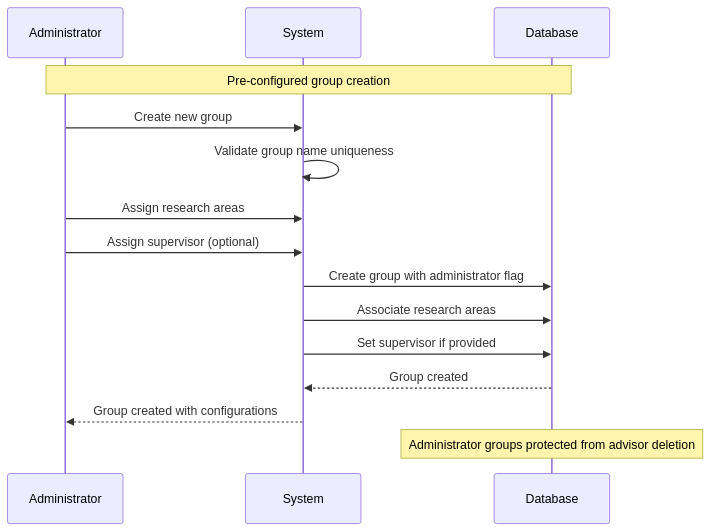
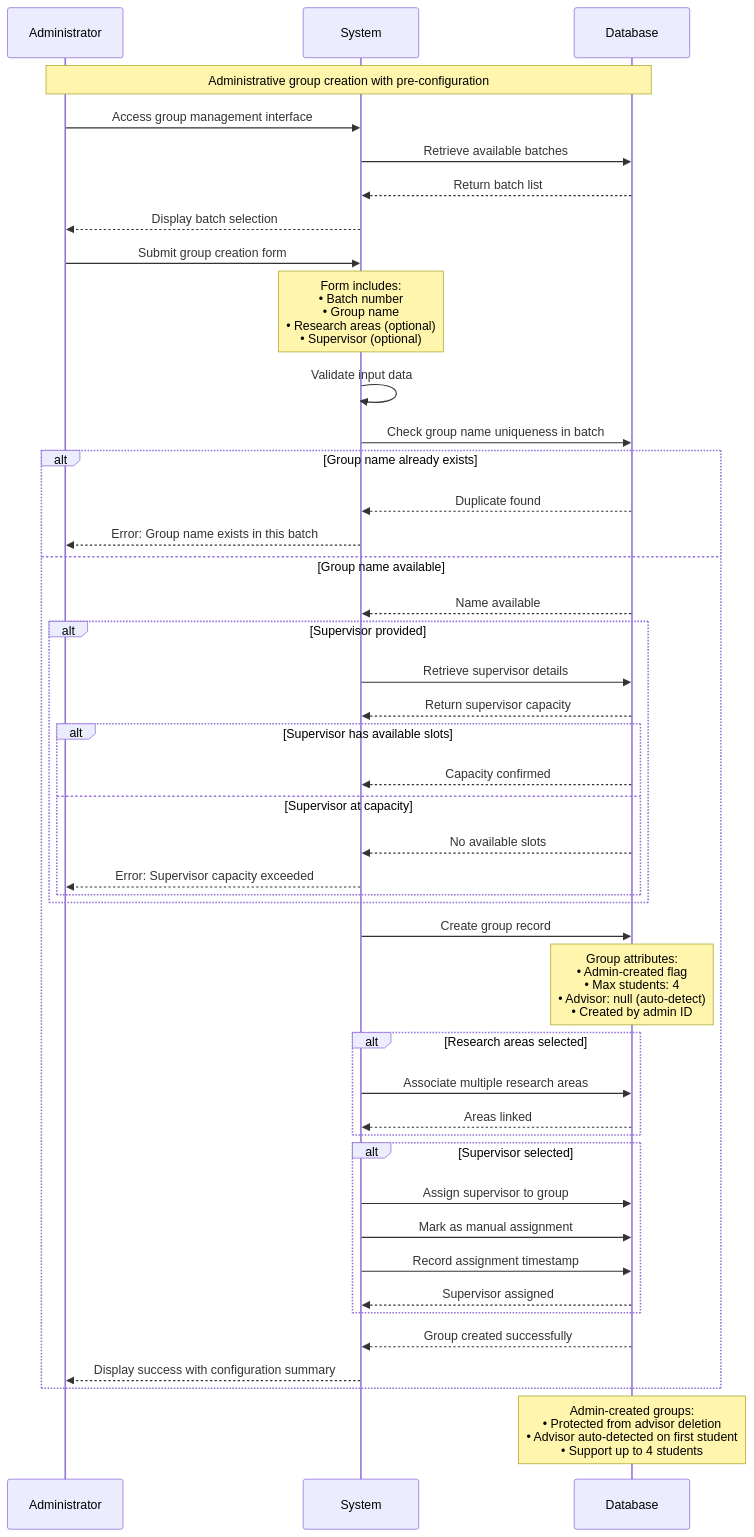
One commit to abdullah2323442/thesisrepo-backup changed diagram 27 of 37 in sequence-academic.md. Above: the diagram before and after it, drawn with Mermaid. The commit also changed other lines of this file, not shown here.

Commit message:
update sequence academic md

````diff
--- a/sequence-academic.md
+++ b/sequence-academic.md
@@ -868,23 +872,58 @@
 ```mermaid
 sequenceDiagram
     participant Administrator
     participant System
     participant Database
 
-    Note over Administrator,Database: Pre-configured group creation
+    Note over Administrator,Database: Administrative group creation with pre-configuration
     
-    Administrator->>System: Create new group
-    System->>System: Validate group name uniqueness
+    Administrator->>System: Access group management interface
+    System->>Database: Retrieve available batches
+    Database-->>System: Return batch list
+    System-->>Administrator: Display batch selection
     
-    Administrator->>System: Assign research areas
-    Administrator->>System: Assign supervisor (optional)
+    Administrator->>System: Submit group creation form
+    Note over System: Form includes:<br/>• Batch number<br/>• Group name<br/>• Research areas (optional)<br/>• Supervisor (optional)
     
-    System->>Database: Create group with administrator flag
-    System->>Database: Associate research areas
-    System->>Database: Set supervisor if provided
+    System->>System: Validate input data
+    System->>Database: Check group name uniqueness in batch
     
-    Database-->>System: Group created
-    System-->>Administrator: Group created with configurations
+    alt Group name already exists
+        Database-->>System: Duplicate found
+        System-->>Administrator: Error: Group name exists in this batch
+    else Group name available
+        Database-->>System: Name available
+        
+        alt Supervisor provided
+            System->>Database: Retrieve supervisor details
+            Database-->>System: Return supervisor capacity
+            
+            alt Supervisor has available slots
+                Database-->>System: Capacity confirmed
+            else Supervisor at capacity
+                Database-->>System: No available slots
+                System-->>Administrator: Error: Supervisor capacity exceeded
+            end
+        end
+        
+        System->>Database: Create group record
+        Note over Database: Group attributes:<br/>• Admin-created flag<br/>• Max students: 4<br/>• Advisor: null (auto-detect)<br/>• Created by admin ID
+        
+        alt Research areas selected
+            System->>Database: Associate multiple research areas
+            Database-->>System: Areas linked
+        end
+        
+        alt Supervisor selected
+            System->>Database: Assign supervisor to group
+            System->>Database: Mark as manual assignment
+            System->>Database: Record assignment timestamp
+            Database-->>System: Supervisor assigned
+        end
+        
+        Database-->>System: Group created successfully
+        System-->>Administrator: Display success with configuration summary
+    end
     
-    Note over Database: Administrator groups protected from advisor deletion
+    Note over Database: Admin-created groups:<br/>• Protected from advisor deletion<br/>• Advisor auto-detected on first student<br/>• Support up to 4 students
 ```
````
